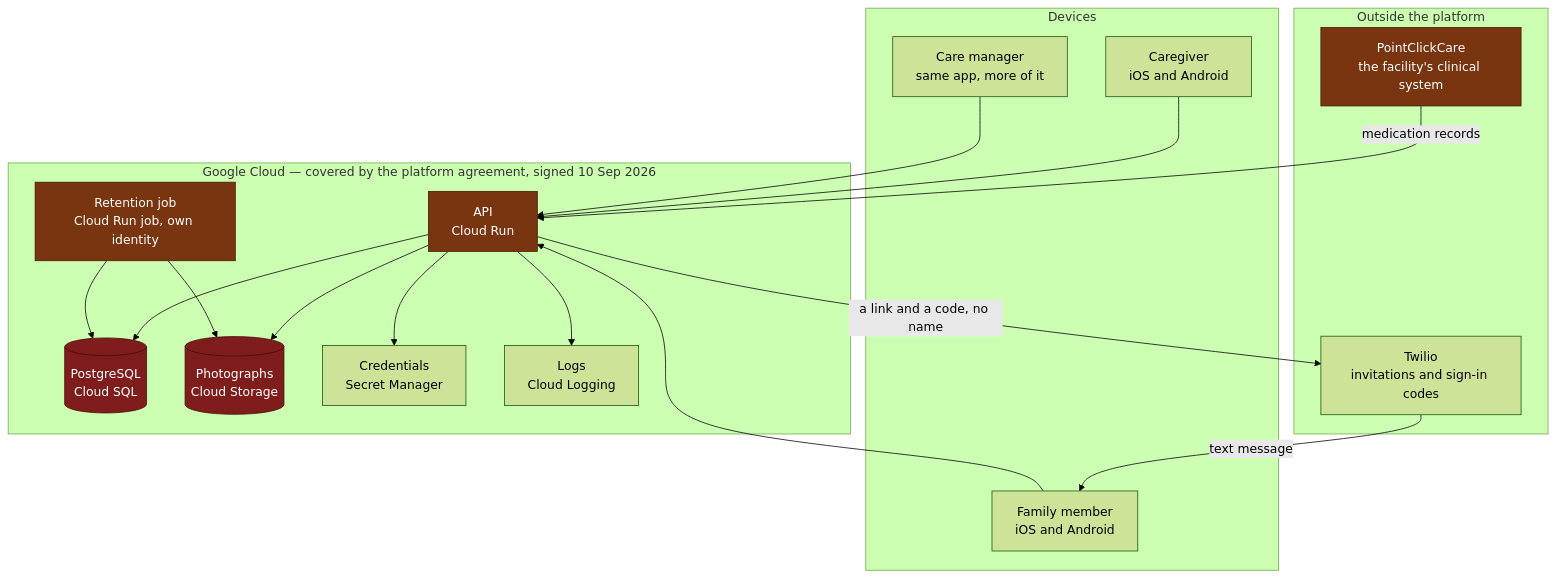
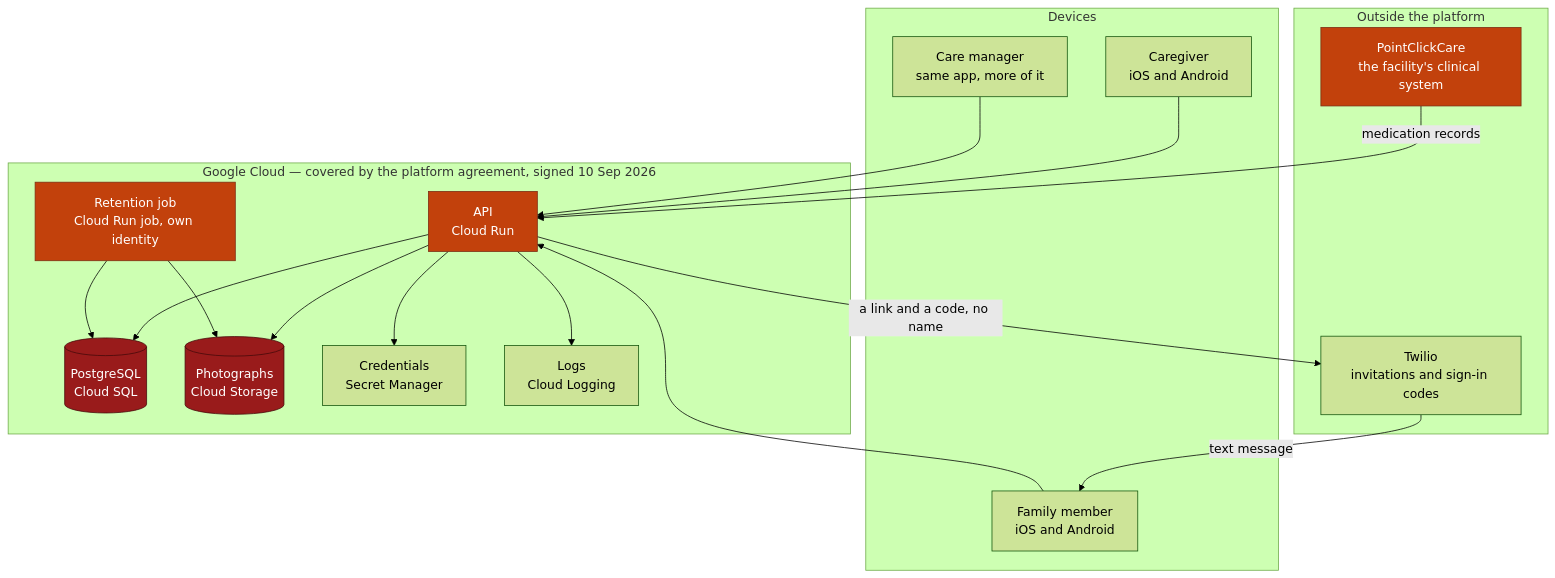
One commit to algenepulido/dailycare-mobile-local changed the first of 4 diagrams in docs/architecture/architecture-diagram.md. Above: the diagram before and after it, drawn with Mermaid (forest theme). The commit also changed other lines of this file, not shown here.

First line of the commit message:
Make the data-flow colours tell apart in a browser

````diff
--- a/docs/architecture/architecture-diagram.md
+++ b/docs/architecture/architecture-diagram.md
@@ -16,40 +16,40 @@
 ```mermaid
 graph TB
   subgraph devices["Devices"]
     CG["Caregiver<br/>iOS and Android"]
     FM["Family member<br/>iOS and Android"]
     MG["Care manager<br/>same app, more of it"]
   end
 
   subgraph gcp["Google Cloud — covered by the platform agreement, signed 10 Sep 2026"]
     API["API<br/>Cloud Run"]
     DB[("PostgreSQL<br/>Cloud SQL")]
     GCS[("Photographs<br/>Cloud Storage")]
     SM["Credentials<br/>Secret Manager"]
     LOG["Logs<br/>Cloud Logging"]
     JOB["Retention job<br/>Cloud Run job, own identity"]
   end
 
   subgraph outside["Outside the platform"]
     PCC["PointClickCare<br/>the facility's clinical system"]
     SMS["Twilio<br/>invitations and sign-in codes"]
   end
 
   CG --> API
   FM --> API
   MG --> API
   API --> DB
   API --> GCS
   API --> SM
   API --> LOG
   JOB --> DB
   JOB --> GCS
   PCC -->|"medication records"| API
   API -->|"a link and a code, no name"| SMS
   SMS -->|"text message"| FM
 
-  classDef phi fill:#7f1d1d,stroke:#450a0a,color:#fff
-  classDef near fill:#78350f,stroke:#451a03,color:#fff
+  classDef phi fill:#991b1b,stroke:#450a0a,color:#fff
+  classDef near fill:#c2410c,stroke:#7c2d12,color:#fff
   class DB,GCS phi
   class API,JOB,PCC near
 ```
````
